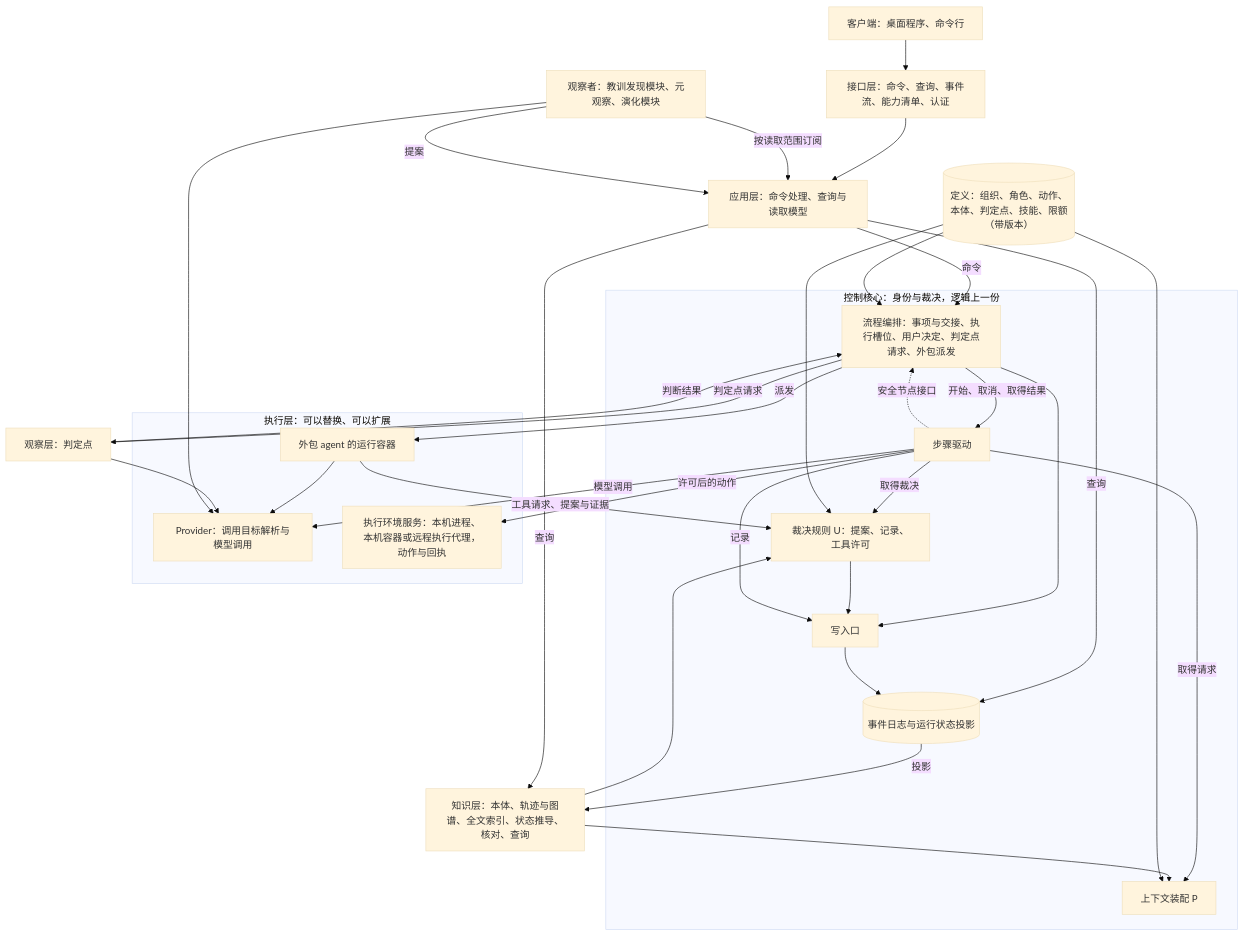
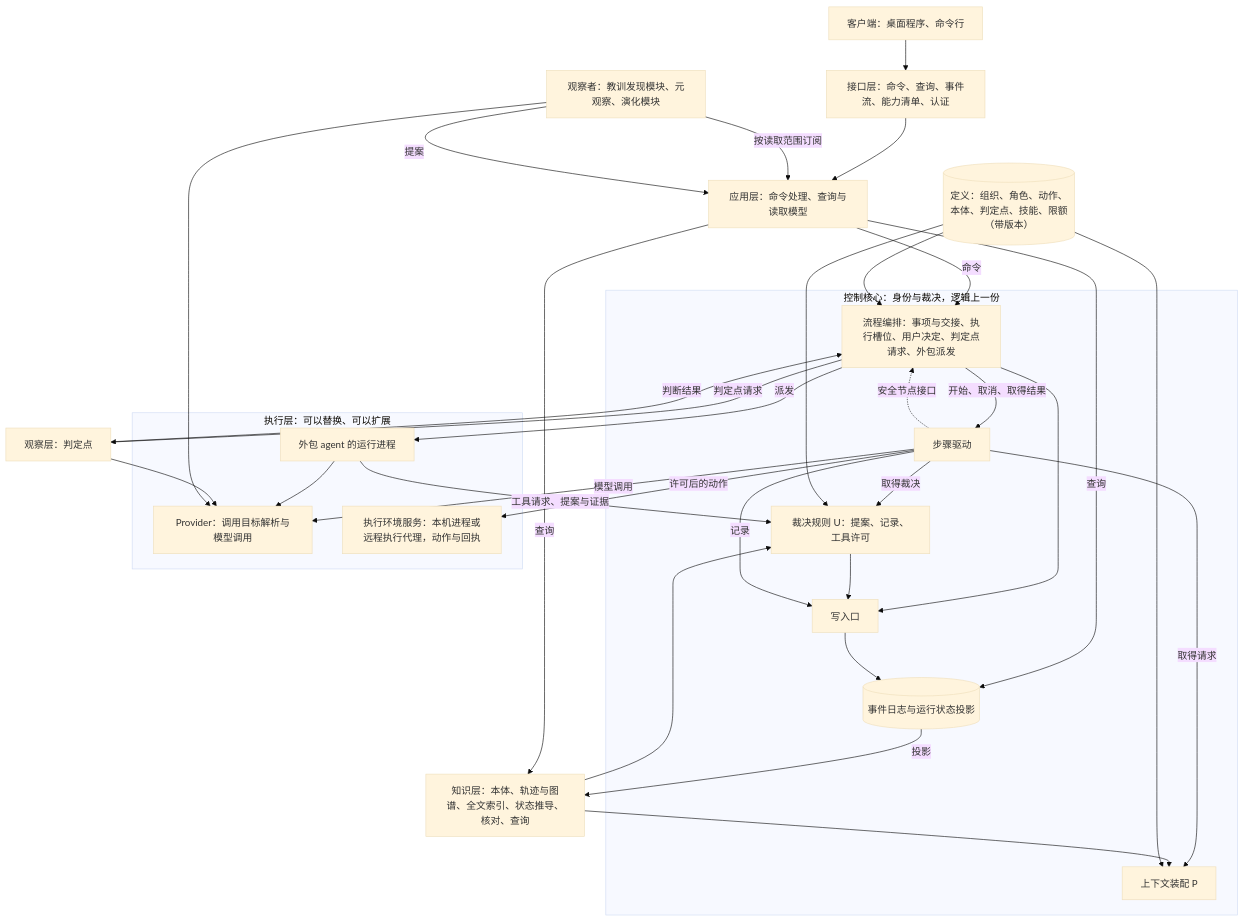
Before and after one commit to bender2333/yudao: the first of 2 diagrams in docs/design/architecture/overall-architecture.md, drawn with Mermaid (base theme). The commit also changed other lines of this file and 29 other files, not shown here.

````diff
--- a/docs/design/architecture/overall-architecture.md
+++ b/docs/design/architecture/overall-architecture.md
@@ -9,52 +9,52 @@
 ```mermaid
 flowchart TB
   Client["客户端：桌面程序、命令行"]
   Api["接口层：命令、查询、事件流、能力清单、认证"]
   App["应用层：命令处理、查询与读取模型"]
   subgraph Core["控制核心：身份与裁决，逻辑上一份"]
     Orch["流程编排：事项与交接、执行槽位、用户决定、判定点请求、外包派发"]
     Step["步骤驱动"]
     Asm["上下文装配 P"]
     Rules["裁决规则 U：提案、记录、工具许可"]
     Write["写入口"]
     Log[("事件日志与运行状态投影")]
   end
   Defs[("定义：组织、角色、动作、本体、判定点、技能、限额（带版本）")]
   Know["知识层：本体、轨迹与图谱、全文索引、状态推导、核对、查询"]
   Observe["观察层：判定点"]
   Watch["观察者：教训发现模块、元观察、演化模块"]
   subgraph Exec["执行层：可以替换、可以扩展"]
     Prov["Provider：调用目标解析与模型调用"]
-    Env["执行环境服务：本机进程、本机容器或远程执行代理，动作与回执"]
-    Ext["外包 agent 的运行容器"]
+    Env["执行环境服务：本机进程或远程执行代理，动作与回执"]
+    Ext["外包 agent 的运行进程"]
   end
   Client --> Api --> App
   App -->|"命令"| Orch
   App -->|"查询"| Know
   App -->|"查询"| Log
   Orch -->|"开始、取消、取得结果"| Step
   Step -.->|"安全节点接口"| Orch
   Step -->|"取得请求"| Asm
   Step -->|"取得裁决"| Rules
   Step -->|"模型调用"| Prov
   Step -->|"许可后的动作"| Env
   Orch -->|"派发"| Ext
   Ext -->|"工具请求、提案与证据"| Rules
   Ext --> Prov
   Orch --> Write
   Rules --> Write
   Step -->|"记录"| Write
   Write --> Log
   Log -->|"投影"| Know
   Know --> Asm
   Know --> Rules
   Defs --> Orch
   Defs --> Asm
   Defs --> Rules
   Orch -->|"判定点请求"| Observe
   Observe -->|"判断结果"| Orch
   Observe --> Prov
   Watch -->|"按读取范围订阅"| App
   Watch -->|"提案"| App
   Watch --> Prov
 ```
````
